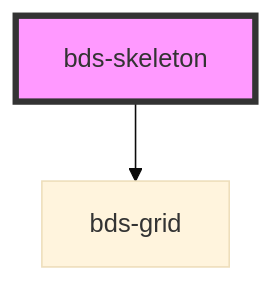
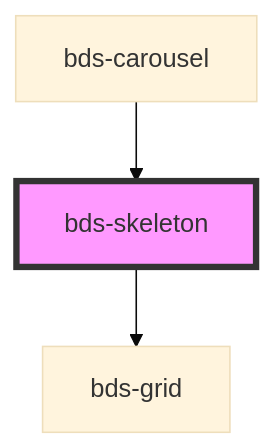
One commit to takenet/blip-ds changed the diagram in src/components/skeleton/readme.md. Above: the diagram before and after it, drawn with Mermaid (base theme). The commit also changed other lines of this file and 7 other files, not shown here.

````diff
--- a/src/components/skeleton/readme.md
+++ b/src/components/skeleton/readme.md
@@ -25,5 +29,6 @@
 ```mermaid
 graph TD;
   bds-skeleton --> bds-grid
+  bds-carousel --> bds-skeleton
   style bds-skeleton fill:#f9f,stroke:#333,stroke-width:4px
 ```
````
